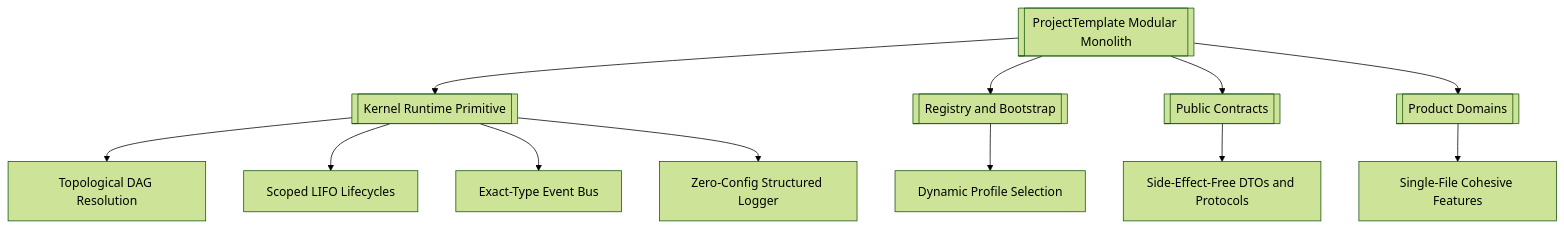
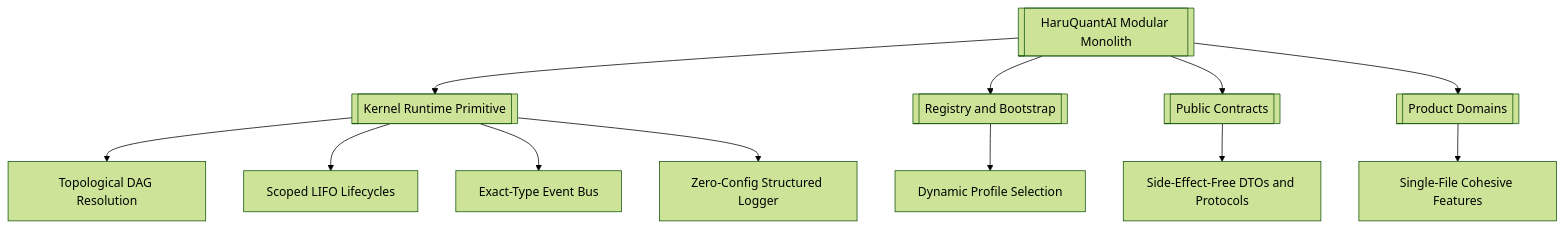
The first of 3 diagrams in docs/PROJECT.md (haruperi/HaruQuantAI), drawn with Mermaid (forest theme) before and after one commit. The commit also changed other lines of this file and 91 other files, not shown here.

````diff
--- a/docs/PROJECT.md
+++ b/docs/PROJECT.md
@@ -49,17 +49,17 @@
 ```mermaid
 flowchart TD
-    SYSTEM[[ProjectTemplate Modular Monolith]]
+    SYSTEM[[HaruQuantAI Modular Monolith]]
 
     SYSTEM --> KERNEL[[Kernel Runtime Primitive]]
     SYSTEM --> REGISTRY[[Registry and Bootstrap]]
     SYSTEM --> CONTRACTS[[Public Contracts]]
     SYSTEM --> DOMAINS[[Product Domains]]
 
     KERNEL --> C1[Topological DAG Resolution]
     KERNEL --> C2[Scoped LIFO Lifecycles]
     KERNEL --> C3[Exact-Type Event Bus]
     KERNEL --> C4[Zero-Config Structured Logger]
     REGISTRY --> C5[Dynamic Profile Selection]
     CONTRACTS --> C6[Side-Effect-Free DTOs and Protocols]
     DOMAINS --> C7[Single-File Cohesive Features]
 ```
````
